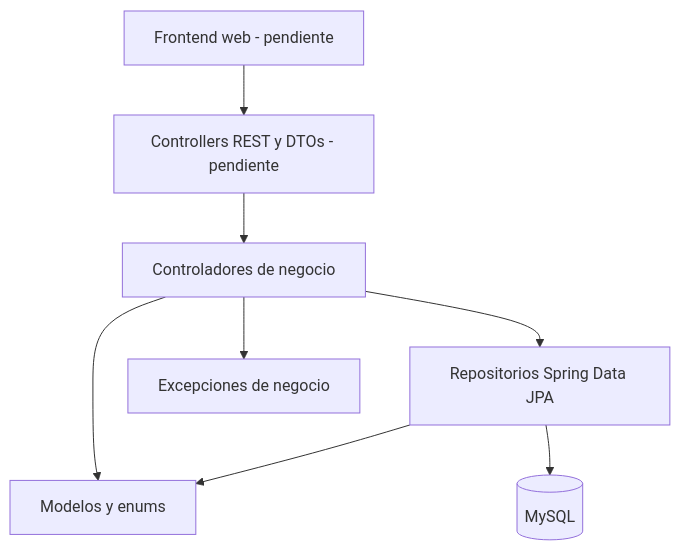
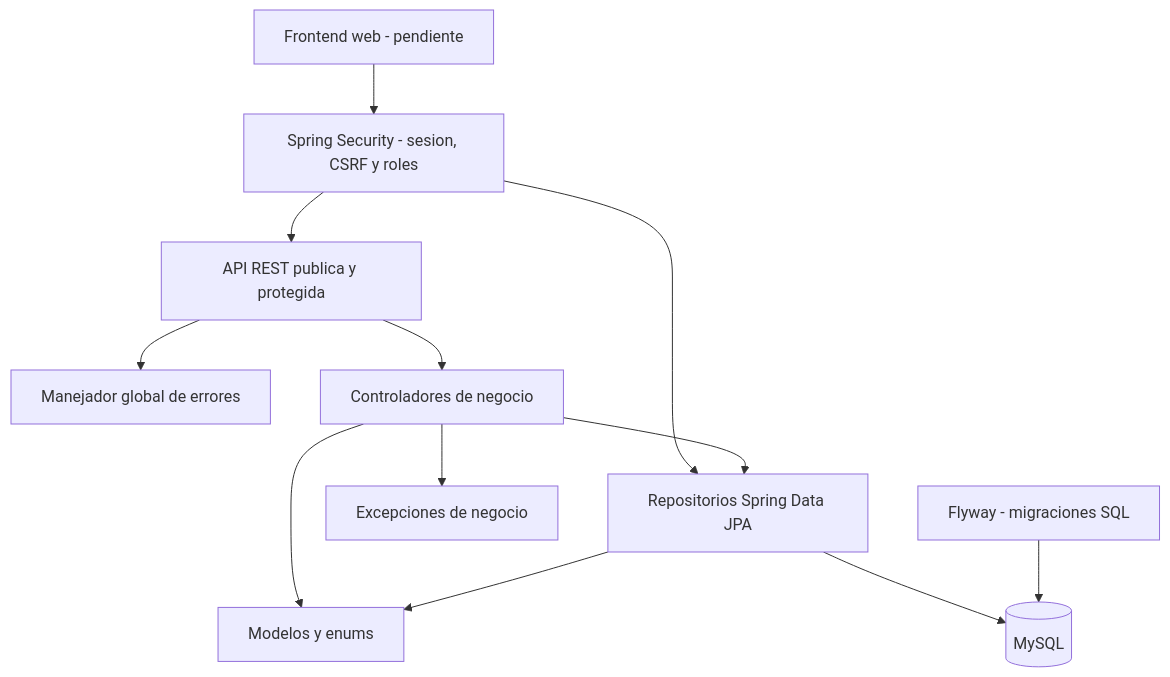
Before and after one commit to migmik/TPPrograII: the first of 3 diagrams in docs/uml-tijetravel.md, drawn with Mermaid. The commit also changed other lines of this file and 78 other files, not shown here.

Commit message:
Agrega API REST, seguridad y configuración de base de datos

````diff
--- a/docs/uml-tijetravel.md
+++ b/docs/uml-tijetravel.md
@@ -11,18 +11,25 @@
 ```mermaid
 flowchart TB
     WEB[Frontend web - pendiente]
-    API[Controllers REST y DTOs - pendiente]
+    SEC[Spring Security - sesion, CSRF y roles]
+    API[API REST publica y protegida]
+    APIERR[Manejador global de errores]
     CTRL[Controladores de negocio]
     REPO[Repositorios Spring Data JPA]
     MODEL[Modelos y enums]
     ERR[Excepciones de negocio]
+    MIG[Flyway - migraciones SQL]
     DB[(MySQL)]
 
-    WEB --> API
+    WEB --> SEC
+    SEC --> API
+    SEC --> REPO
     API --> CTRL
+    API --> APIERR
     CTRL --> REPO
     CTRL --> MODEL
     CTRL --> ERR
     REPO --> MODEL
     REPO --> DB
+    MIG --> DB
 ```
````
